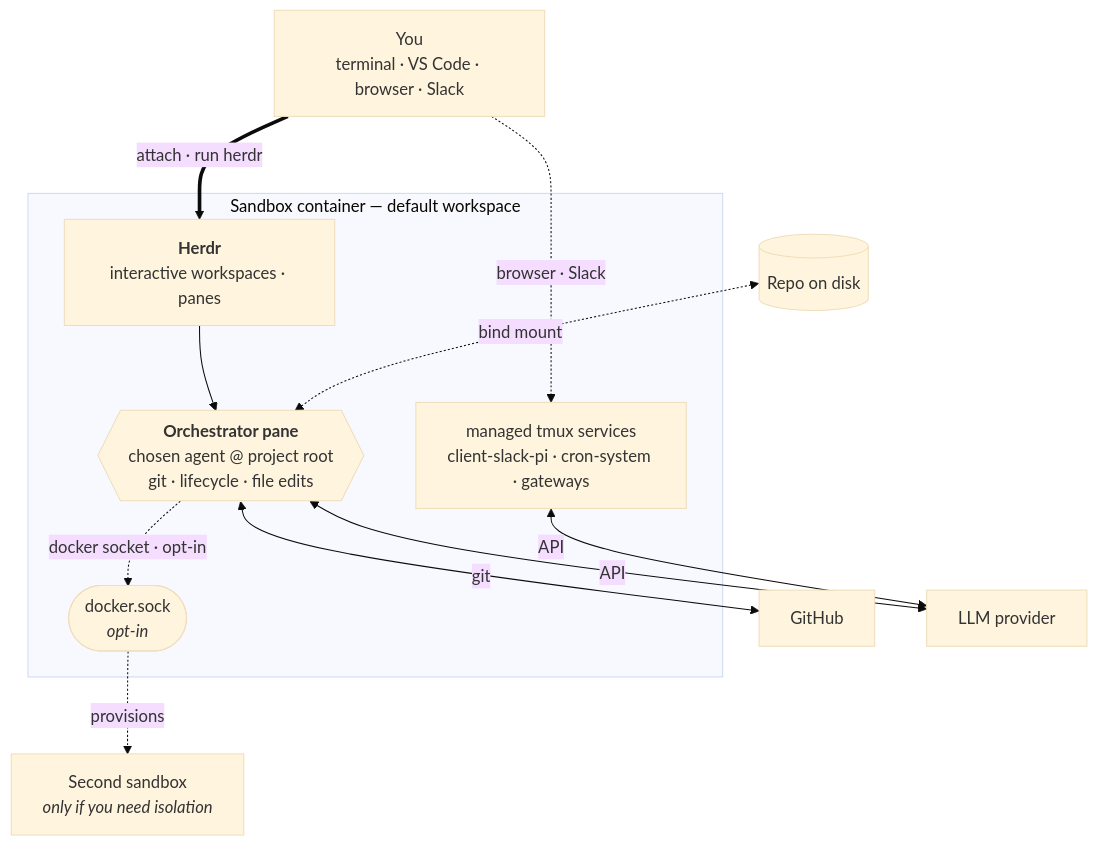
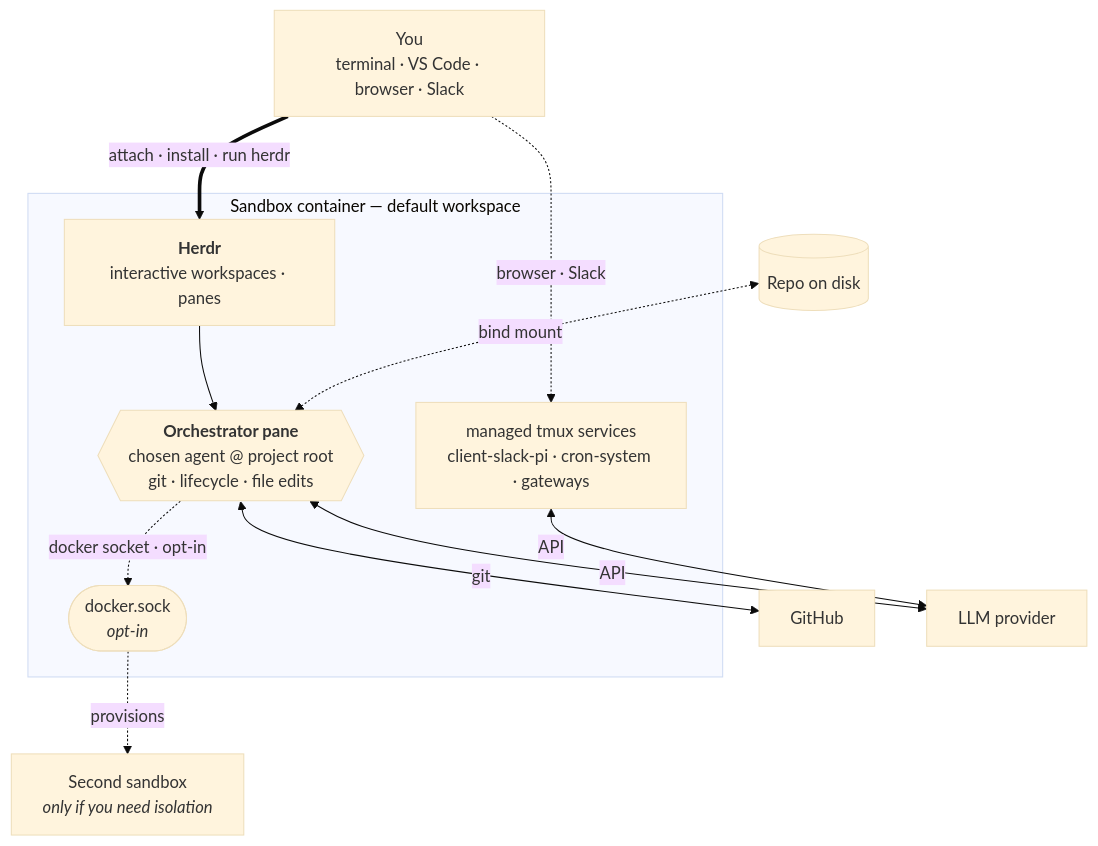
One commit to mifunedev/openharness-web changed the diagram in docs/intro.md. Above: the diagram before and after it, drawn with Mermaid (base theme). The commit also changed other lines of this file and 43 other files, not shown here.

````diff
--- a/docs/intro.md
+++ b/docs/intro.md
@@ -33,26 +33,26 @@
 ```mermaid
 flowchart TB
     You["You<br/>terminal · VS Code · browser · Slack"]
     Repo[("Repo on disk")]
     GH["GitHub"]
     LLM["LLM provider"]
 
     subgraph sandbox["Sandbox container — default workspace"]
         Herdr["<b>Herdr</b><br/>interactive workspaces · panes"]
         Orch{{"<b>Orchestrator pane</b><br/>chosen agent @ project root<br/>git · lifecycle · file edits"}}
         Tmux["managed tmux services<br/>client-slack-pi · cron-system · gateways"]
         Sock(["docker.sock<br/><i>opt-in</i>"])
     end
 
     Sb2["Second sandbox<br/><i>only if you need isolation</i>"]
 
-    You ==>|attach · run herdr| Herdr
+    You ==>|attach · install · run herdr| Herdr
     Herdr --> Orch
     You -.->|browser · Slack| Tmux
     Repo <-.->|bind mount| Orch
     Orch <-->|git| GH
     Orch <-->|API| LLM
     Tmux <-->|API| LLM
     Orch -.->|docker socket · opt-in| Sock
     Sock -.->|provisions| Sb2
 ```
````
